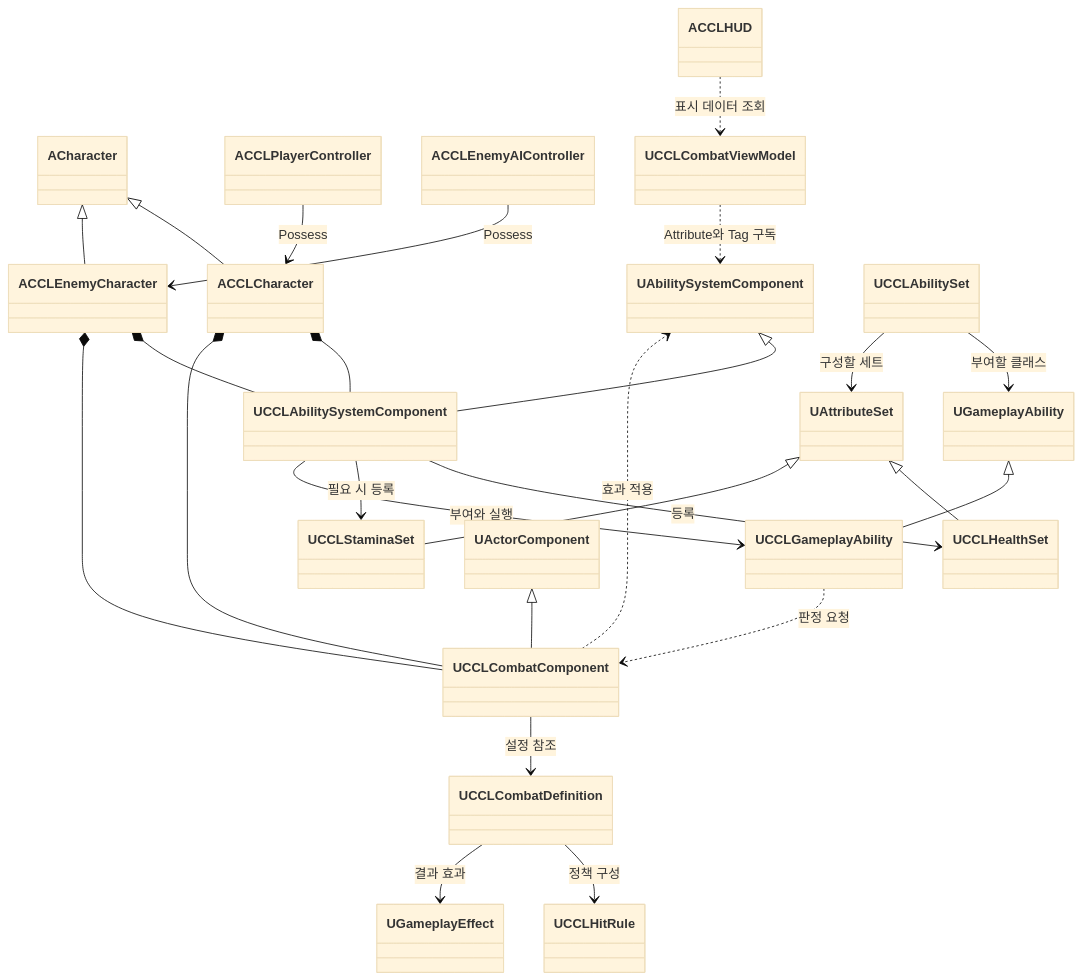
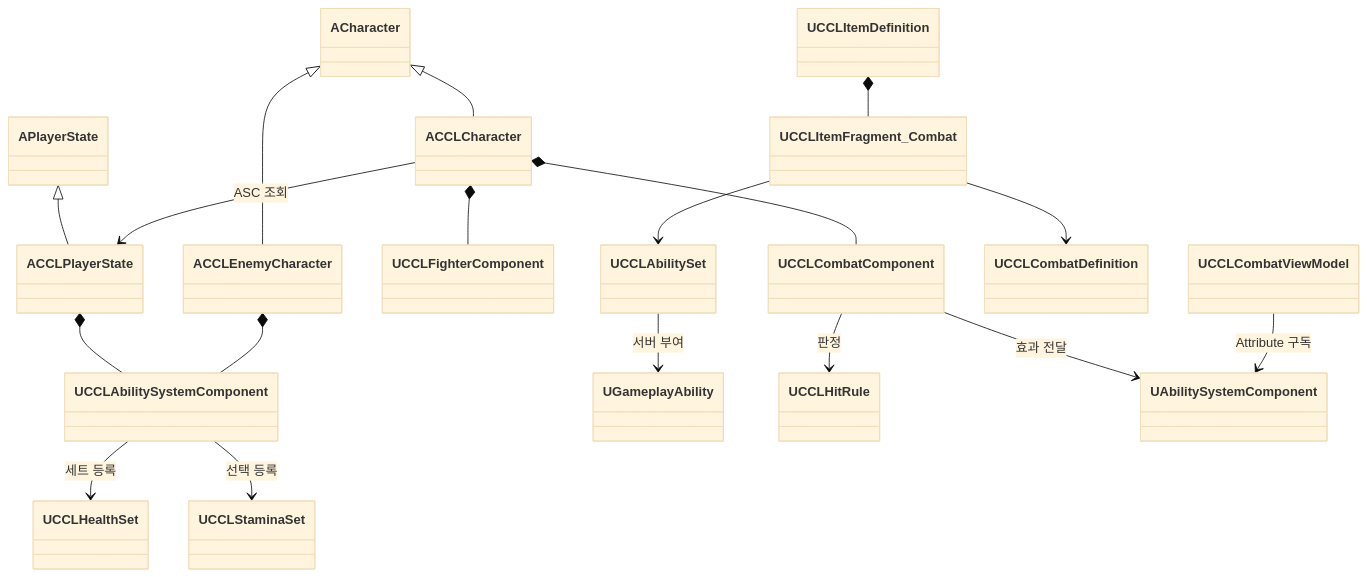
Before and after one commit to kang-sihwon/ccl8: the diagram in Docs/CombatFoundation.md, drawn with Mermaid (base theme). The commit also changed other lines of this file and 4 other files, not shown here.

````diff
--- a/Docs/CombatFoundation.md
+++ b/Docs/CombatFoundation.md
@@ -81,28 +84,20 @@
 ```mermaid
 classDiagram
-    UAbilitySystemComponent <|-- UCCLAbilitySystemComponent
-    UAttributeSet <|-- UCCLHealthSet
-    UAttributeSet <|-- UCCLStaminaSet
-    UGameplayAbility <|-- UCCLGameplayAbility
-    UActorComponent <|-- UCCLCombatComponent
+    APlayerState <|-- ACCLPlayerState
     ACharacter <|-- ACCLCharacter
     ACharacter <|-- ACCLEnemyCharacter
-    ACCLCharacter *-- UCCLAbilitySystemComponent
+    ACCLPlayerState *-- UCCLAbilitySystemComponent
     ACCLEnemyCharacter *-- UCCLAbilitySystemComponent
+    ACCLCharacter --> ACCLPlayerState : ASC 조회
+    ACCLCharacter *-- UCCLFighterComponent
     ACCLCharacter *-- UCCLCombatComponent
-    ACCLEnemyCharacter *-- UCCLCombatComponent
-    UCCLAbilitySystemComponent --> UCCLHealthSet : 등록
-    UCCLAbilitySystemComponent --> UCCLStaminaSet : 필요 시 등록
-    UCCLAbilitySystemComponent --> UCCLGameplayAbility : 부여와 실행
-    UCCLAbilitySet --> UGameplayAbility : 부여할 클래스
-    UCCLAbilitySet --> UAttributeSet : 구성할 세트
-    UCCLGameplayAbility ..> UCCLCombatComponent : 판정 요청
-    UCCLCombatComponent --> UCCLCombatDefinition : 설정 참조
-    UCCLCombatDefinition --> UCCLHitRule : 정책 구성
-    UCCLCombatComponent ..> UAbilitySystemComponent : 효과 적용
-    UCCLCombatDefinition --> UGameplayEffect : 결과 효과
-    ACCLPlayerController --> ACCLCharacter : Possess
-    ACCLEnemyAIController --> ACCLEnemyCharacter : Possess
-    ACCLHUD ..> UCCLCombatViewModel : 표시 데이터 조회
-    UCCLCombatViewModel ..> UAbilitySystemComponent : Attribute와 Tag 구독
+    UCCLAbilitySystemComponent --> UCCLHealthSet : 세트 등록
+    UCCLAbilitySystemComponent --> UCCLStaminaSet : 선택 등록
+    UCCLAbilitySet --> UGameplayAbility : 서버 부여
+    UCCLItemDefinition *-- UCCLItemFragment_Combat
+    UCCLItemFragment_Combat --> UCCLAbilitySet
+    UCCLItemFragment_Combat --> UCCLCombatDefinition
+    UCCLCombatComponent --> UCCLHitRule : 판정
+    UCCLCombatComponent --> UAbilitySystemComponent : 효과 전달
+    UCCLCombatViewModel --> UAbilitySystemComponent : Attribute 구독
 ```
````
